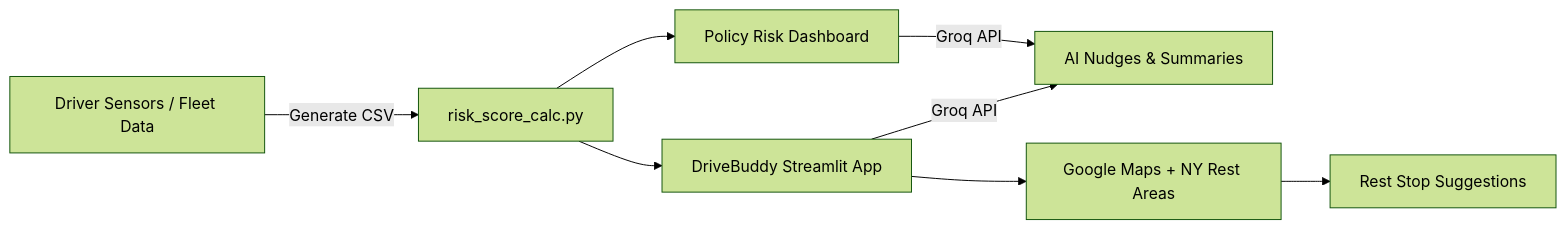
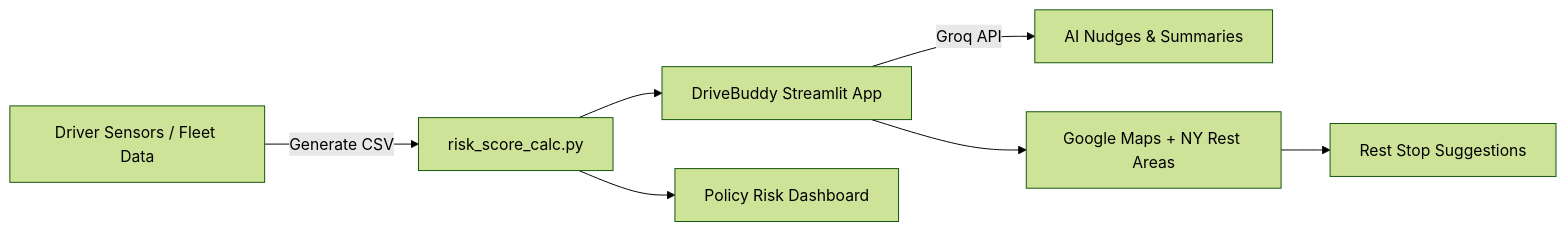
One commit to shefalisuresh/DriveBuddy-AI changed the diagram in README.md. Above: the diagram before and after it, drawn with Mermaid (forest theme).

````diff
--- a/README.md
+++ b/README.md
@@ -76,10 +76,10 @@
 ```mermaid
 flowchart LR
 A[Driver Sensors / Fleet Data] -->|Generate CSV| B[risk_score_calc.py]
 B --> C[DriveBuddy Streamlit App]
 C -->|Groq API| D[AI Nudges & Summaries]
 C --> E[Google Maps + NY Rest Areas]
 E --> F[Rest Stop Suggestions]
 B --> G[Policy Risk Dashboard]
-G -->|Groq API| D
+
 ```
````
